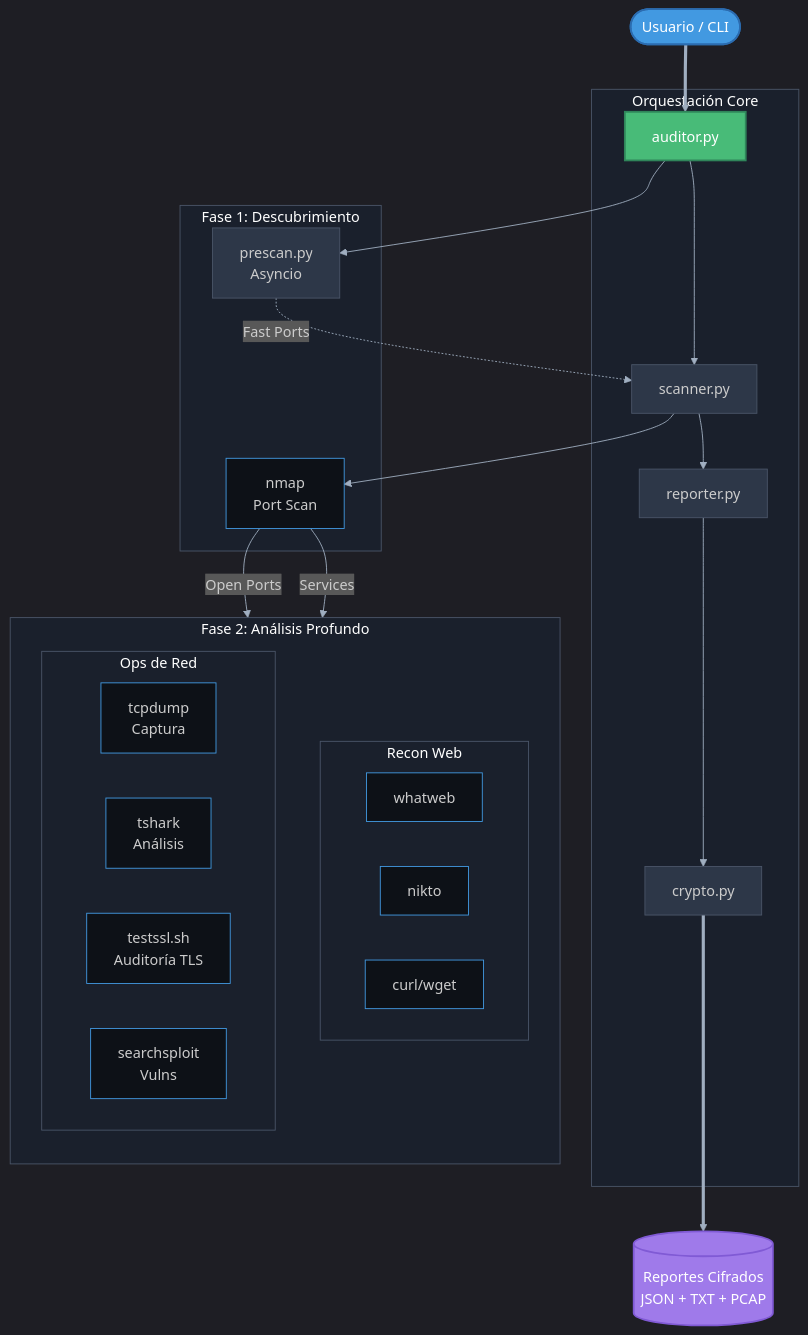
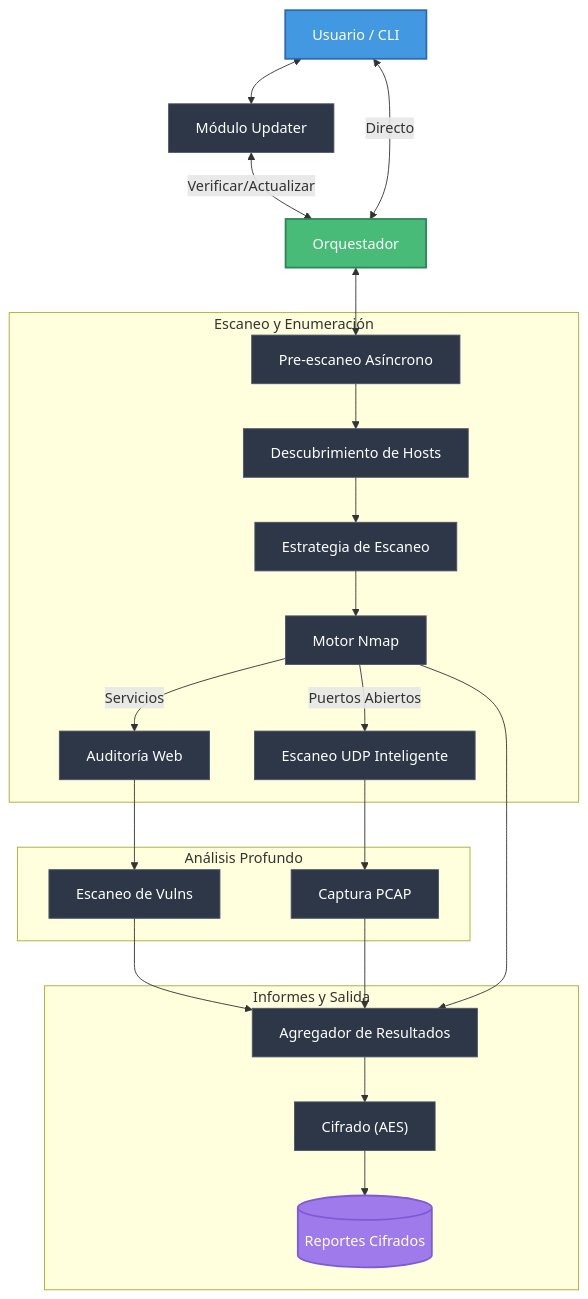
Before and after one commit to dorinbad/RedAudit: the diagram in README_ES.md, drawn with Mermaid. The commit also changed other lines of this file and 28 other files, not shown here.

Commit message:
feat: Implement secure auto-update, intelligent UDP scanning, concurrent PCAP capture, and update documentation.

````diff
--- a/README_ES.md
+++ b/README_ES.md
@@ -47,61 +50,61 @@
 ```mermaid
-%%{init: {'theme': 'dark', 'themeVariables': { 'primaryColor': '#1a365d', 'primaryTextColor': '#fff', 'primaryBorderColor': '#4299e1', 'lineColor': '#a0aec0', 'secondaryColor': '#2d3748', 'tertiaryColor': '#1a202c', 'background': '#0d1117', 'mainBkg': '#0d1117', 'nodeBorder': '#4299e1', 'clusterBkg': '#1a202c', 'clusterBorder': '#4a5568', 'titleColor': '#fff'}}}%%
-flowchart TB
+graph TD
     %% Nodes
-    User([Usuario / CLI])
+    User["Usuario / CLI"]
+    Updater["Módulo Updater"]
+    Orchestrator["Orquestador"]
     
-    subgraph Core ["Orquestación Core"]
-        Orchestrator[auditor.py]
-        Scanner[scanner.py]
-        Reporter[reporter.py]
-        Crypto[crypto.py]
+    subgraph Scanning ["Escaneo y Enumeración"]
+        Prescan["Pre-escaneo Asíncrono"]
+        Discovery["Descubrimiento de Hosts"]
+        Strategies["Estrategia de Escaneo"]
+        Nmap["Motor Nmap"]
+        UDP["Escaneo UDP Inteligente"]
+        Web["Auditoría Web"]
     end
 
-    subgraph Phase1 ["Fase 1: Descubrimiento"]
-        Prescan[prescan.py<br/>Asyncio]
-        Nmap[nmap<br/>Port Scan]
+    subgraph Analysis ["Análisis Profundo"]
+        Vuln["Escaneo de Vulns"]
+        Capture["Captura PCAP"]
     end
 
-    subgraph Phase2 ["Fase 2: Análisis Profundo"]
-        direction TB
-        subgraph Web ["Recon Web"]
-            WhatWeb[whatweb]
-            Nikto[nikto]
-            Curl[curl/wget]
-        end
-        
-        subgraph Net ["Ops de Red"]
-            TcpDoes[tcpdump<br/>Captura]
-            Tshark[tshark<br/>Análisis]
-            TestSSL[testssl.sh<br/>Auditoría TLS]
-            Search[searchsploit<br/>Vulns]
-        end
+    subgraph Reporting ["Informes y Salida"]
+        Aggregator["Agregador de Resultados"]
+        Crypto["Cifrado (AES)"]
+        Artifacts[("Reportes Cifrados")]
     end
 
-    Output[("Reportes Cifrados<br/>JSON + TXT + PCAP")]
+    %% Flow
+    User <--> Updater
+    Updater <-->|Verificar/Actualizar| Orchestrator
+    User <-->|Directo| Orchestrator
+    
+    Orchestrator <--> Prescan
+    Prescan --> Discovery
+    Discovery --> Strategies
+    Strategies --> Nmap
+    
+    Nmap -->|Servicios| Web
+    Nmap -->|Puertos Abiertos| UDP
+    
+    Web --> Vuln
+    UDP --> Capture
+    
+    Vuln --> Aggregator
+    Capture --> Aggregator
+    Nmap --> Aggregator
+    
+    Aggregator --> Crypto
+    Crypto --> Artifacts
 
-    %% Flow
-    User ==> Orchestrator
-    Orchestrator --> Prescan
-    Orchestrator --> Scanner
+    %% Styles
+    classDef user fill:#4299e1,stroke:#2b6cb0,color:#fff,stroke-width:2px;
+    classDef orch fill:#48bb78,stroke:#2f855a,color:#fff,stroke-width:2px;
+    classDef output fill:#9f7aea,stroke:#805ad5,color:#fff,stroke-width:2px;
+    classDef module fill:#2d3748,stroke:#4a5568,color:#fff,stroke-width:1px;
     
-    Prescan -.->|Fast Ports| Scanner
-    Scanner --> Nmap
-    
-    Nmap -->|Open Ports| Web
-    Nmap -->|Services| Net
-
-    Scanner --> Reporter
-    Reporter --> Crypto
-    Crypto ==> Output
-
-    %% Styling
-    style User fill:#4299e1,stroke:#2b6cb0,color:#fff,stroke-width:2px
-    style Orchestrator fill:#48bb78,stroke:#2f855a,color:#fff,stroke-width:2px
-    style Output fill:#9f7aea,stroke:#805ad5,color:#fff,stroke-width:2px
-    
-    style Scanner fill:#2d3748,stroke:#4a5568
-    style Prescan fill:#2d3748,stroke:#4a5568
-    style Reporter fill:#2d3748,stroke:#4a5568
-    style Crypto fill:#2d3748,stroke:#4a5568
+    class User user;
+    class Orchestrator orch;
+    class Artifacts output;
+    class Updater,Prescan,Discovery,Strategies,Nmap,UDP,Web,Vuln,Capture,Aggregator,Crypto module;
 ```
````
